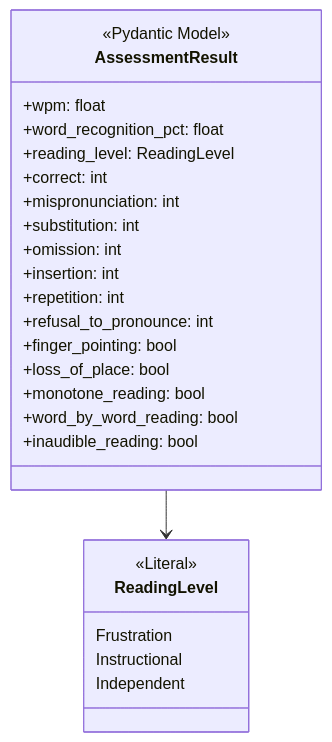
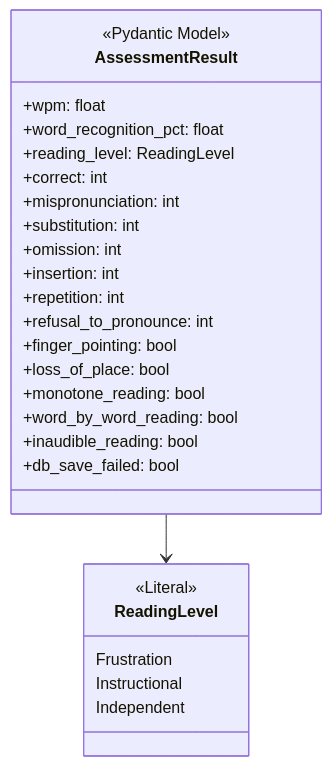
The first of 9 diagrams in docs/uml/class/models.md (ChristianNemeno/SE-Module-02), drawn with Mermaid before and after one commit. The commit also changed other lines of this file and 19 other files, not shown here.

````diff
--- a/docs/uml/class/models.md
+++ b/docs/uml/class/models.md
@@ -5,28 +5,29 @@
 ```mermaid
 classDiagram
     class AssessmentResult {
         <<Pydantic Model>>
         +wpm: float
         +word_recognition_pct: float
         +reading_level: ReadingLevel
         +correct: int
         +mispronunciation: int
         +substitution: int
         +omission: int
         +insertion: int
         +repetition: int
         +refusal_to_pronounce: int
         +finger_pointing: bool
         +loss_of_place: bool
         +monotone_reading: bool
         +word_by_word_reading: bool
         +inaudible_reading: bool
+        +db_save_failed: bool
     }
     class ReadingLevel {
         <<Literal>>
         Frustration
         Instructional
         Independent
     }
     AssessmentResult --> ReadingLevel
 ```
````
